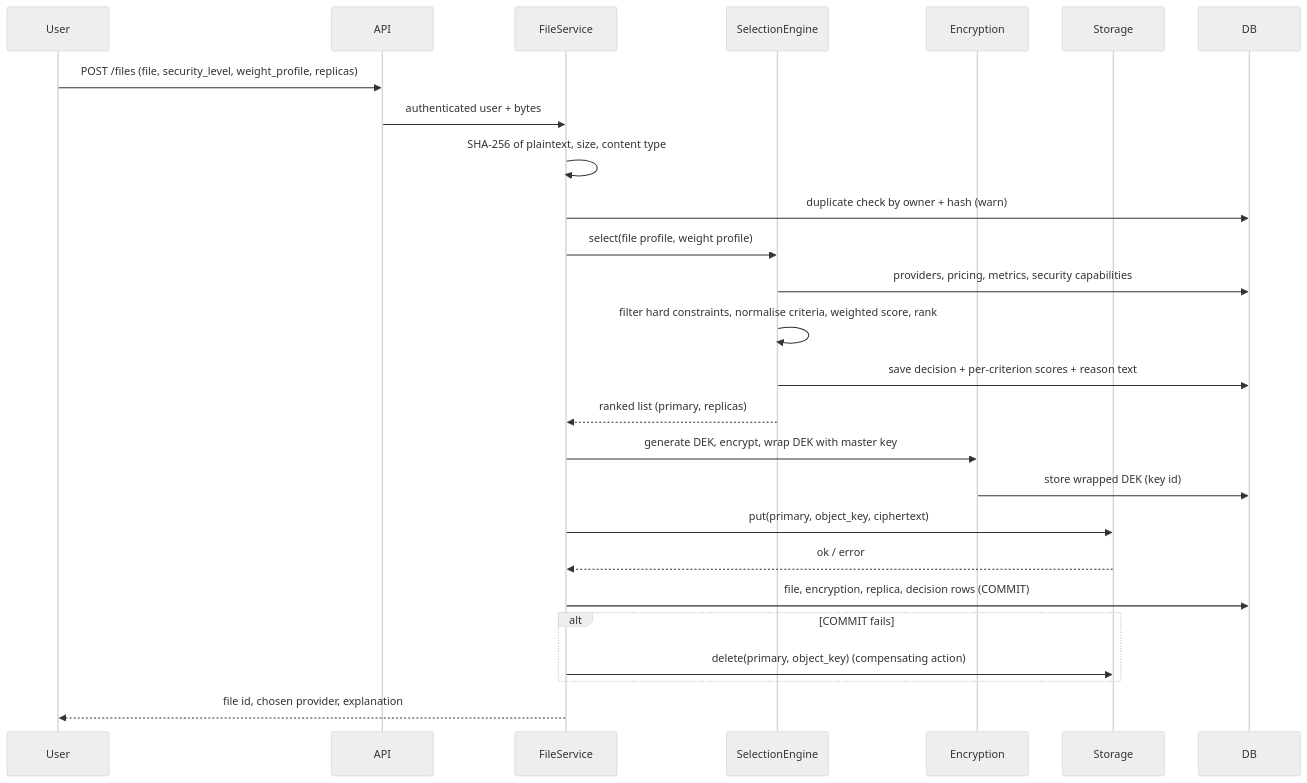
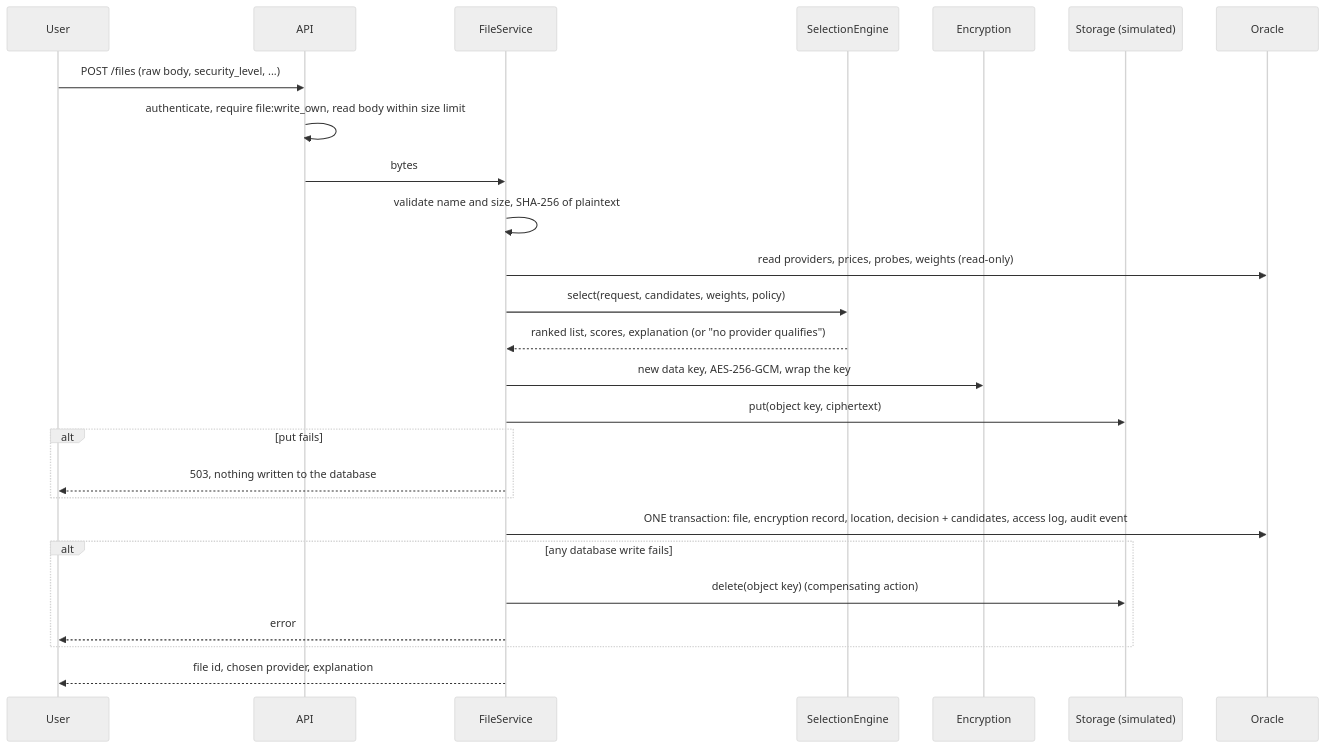
One commit to ChandhreshAKA/cloud-metadata-management changed the second of 2 diagrams in docs/00-design.md. Above: the diagram before and after it, drawn with Mermaid (neutral theme). The commit also changed other lines of this file and 24 other files, not shown here.

First line of the commit message:
Chunk 6: read-only duplicate-file and cold-file reports; chunk 8 documentation

````diff
--- a/docs/00-design.md
+++ b/docs/00-design.md
@@ -130,28 +142,28 @@
 ```mermaid
 sequenceDiagram
     participant U as User
     participant API
     participant FS as FileService
     participant SEL as SelectionEngine
     participant ENC as Encryption
-    participant STG as Storage
-    participant DB
-    U->>API: POST /files (file, security_level, weight_profile, replicas)
-    API->>FS: authenticated user + bytes
-    FS->>FS: SHA-256 of plaintext, size, content type
-    FS->>DB: duplicate check by owner + hash (warn)
-    FS->>SEL: select(file profile, weight profile)
-    SEL->>DB: providers, pricing, metrics, security capabilities
-    SEL->>SEL: filter hard constraints, normalise criteria, weighted score, rank
-    SEL->>DB: save decision + per-criterion scores + reason text
-    SEL-->>FS: ranked list (primary, replicas)
-    FS->>ENC: generate DEK, encrypt, wrap DEK with master key
-    ENC->>DB: store wrapped DEK (key id)
-    FS->>STG: put(primary, object_key, ciphertext)
-    STG-->>FS: ok / error
-    FS->>DB: file, encryption, replica, decision rows (COMMIT)
-    alt COMMIT fails
-        FS->>STG: delete(primary, object_key) (compensating action)
+    participant STG as Storage (simulated)
+    participant DB as Oracle
+    U->>API: POST /files (raw body, security_level, ...)
+    API->>API: authenticate, require file:write_own, read body within size limit
+    API->>FS: bytes
+    FS->>FS: validate name and size, SHA-256 of plaintext
+    FS->>DB: read providers, prices, probes, weights (read-only)
+    FS->>SEL: select(request, candidates, weights, policy)
+    SEL-->>FS: ranked list, scores, explanation (or "no provider qualifies")
+    FS->>ENC: new data key, AES-256-GCM, wrap the key
+    FS->>STG: put(object key, ciphertext)
+    alt put fails
+        FS-->>U: 503, nothing written to the database
+    end
+    FS->>DB: ONE transaction: file, encryption record, location, decision + candidates, access log, audit event
+    alt any database write fails
+        FS->>STG: delete(object key)  (compensating action)
+        FS-->>U: error
     end
     FS-->>U: file id, chosen provider, explanation
 ```
````
